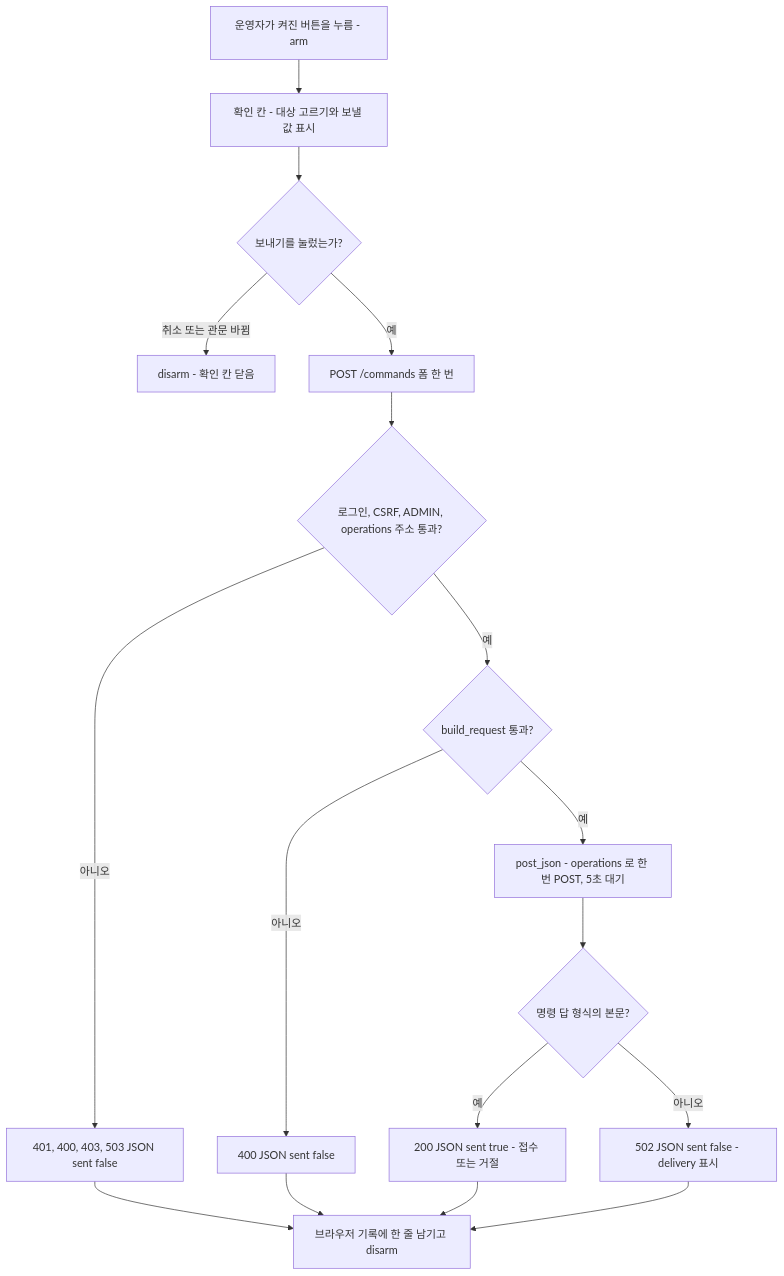
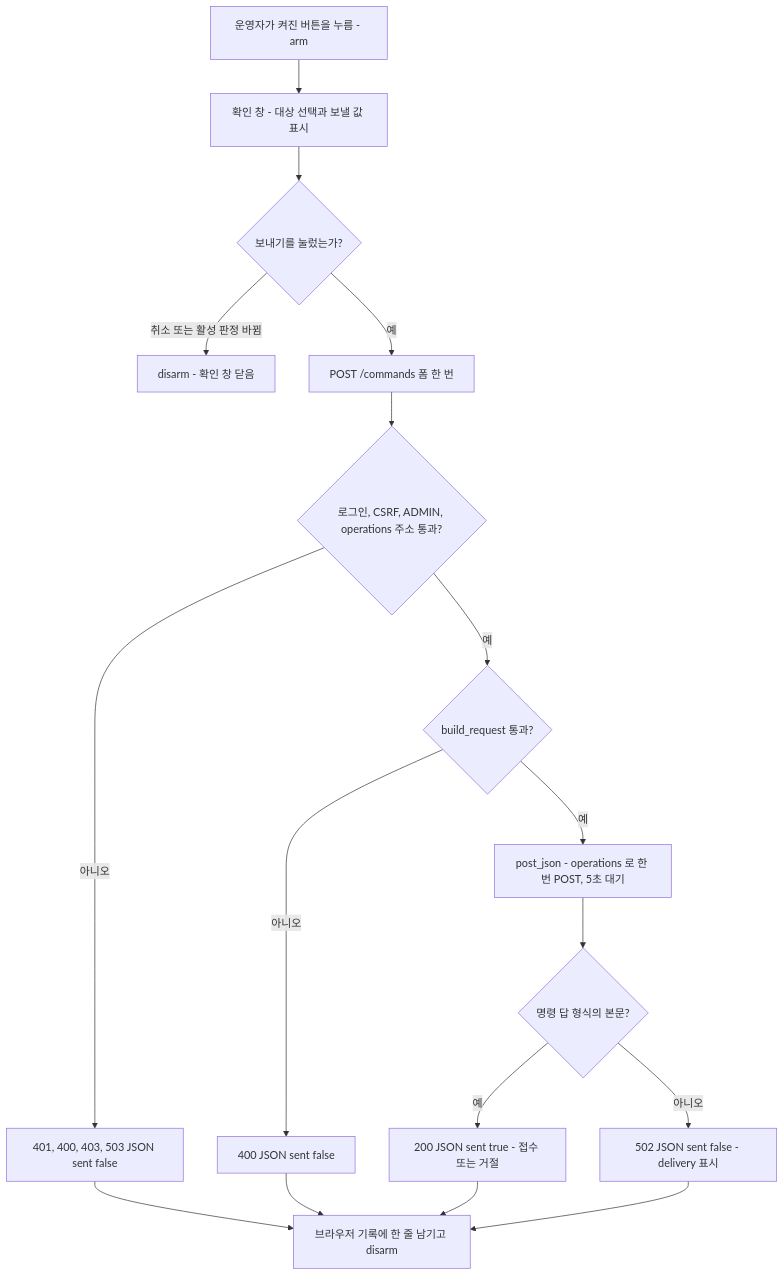
The second of 2 diagrams in docs/design/console-spec.md (mi1nn/ROKEY-7-public), drawn with Mermaid before and after one commit. The commit also changed other lines of this file and 1 other file, not shown here.

````diff
--- a/docs/design/console-spec.md
+++ b/docs/design/console-spec.md
@@ -774,19 +774,19 @@
 ```mermaid
 flowchart TD
-  A["운영자가 켜진 버튼을 누름 - arm"] --> B["확인 칸 - 대상 고르기와 보낼 값 표시"]
+  A["운영자가 켜진 버튼을 누름 - arm"] --> B["확인 창 - 대상 선택과 보낼 값 표시"]
   B --> C{"보내기를 눌렀는가?"}
-  C -->|취소 또는 관문 바뀜| D["disarm - 확인 칸 닫음"]
+  C -->|취소 또는 활성 판정 바뀜| D["disarm - 확인 창 닫음"]
   C -->|예| E["POST /commands 폼 한 번"]
   E --> F{"로그인, CSRF, ADMIN, operations 주소 통과?"}
   F -->|아니오| G["401, 400, 403, 503 JSON sent false"]
   F -->|예| H{"build_request 통과?"}
   H -->|아니오| I["400 JSON sent false"]
   H -->|예| J["post_json - operations 로 한 번 POST, 5초 대기"]
   J --> K{"명령 답 형식의 본문?"}
   K -->|예| L["200 JSON sent true - 접수 또는 거절"]
   K -->|아니오| M["502 JSON sent false - delivery 표시"]
   L --> N["브라우저 기록에 한 줄 남기고 disarm"]
   M --> N
   G --> N
   I --> N
 ```
````
